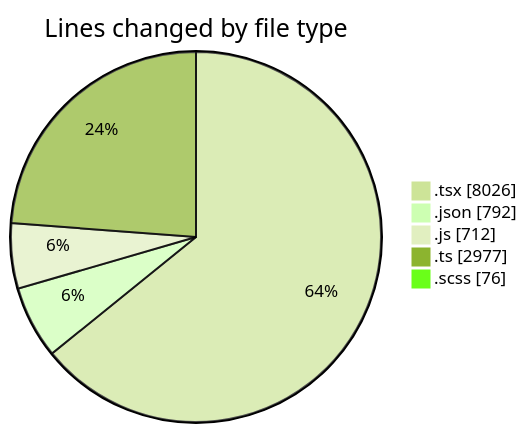
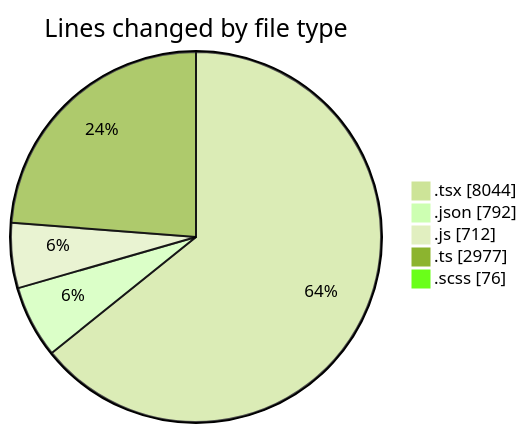
The first of 2 diagrams in 2026-08-07/cda/README.md (momahboobian/code-tracking), drawn with Mermaid (forest theme) before and after one commit. The commit also changed other lines of this file and 1 other file, not shown here.

````diff
--- a/2026-08-07/cda/README.md
+++ b/2026-08-07/cda/README.md
@@ -35,9 +35,9 @@
 ```mermaid
 pie showData
 title Lines changed by file type
-".tsx" : 8026
+".tsx" : 8044
 ".json" : 792
 ".js" : 712
 ".ts" : 2977
 ".scss" : 76
 ```
````
